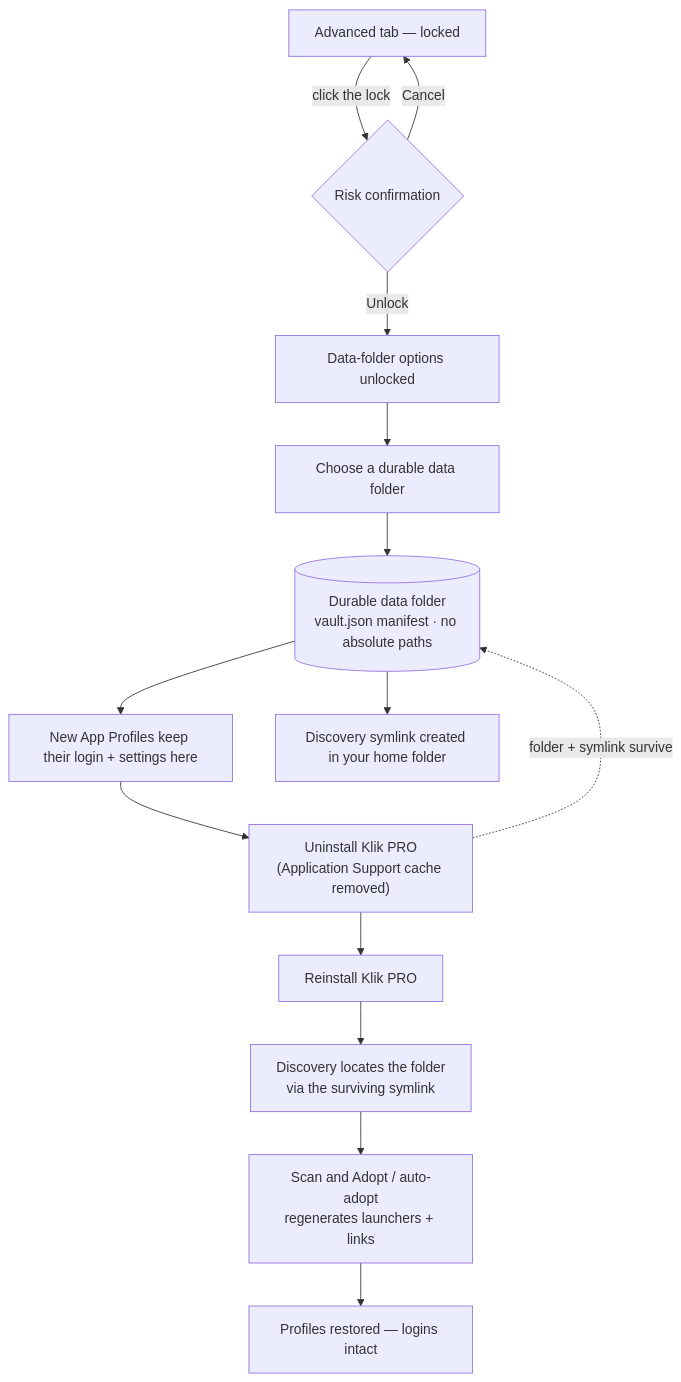
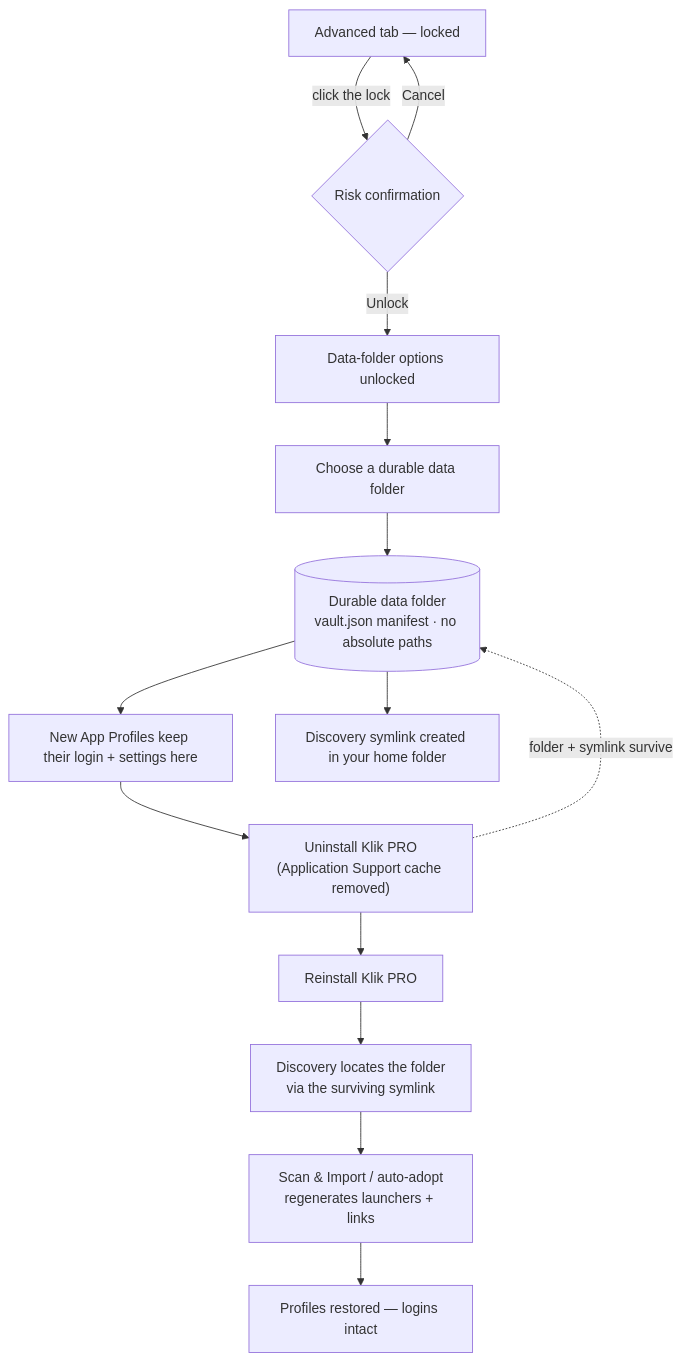
One commit to AminudinMurad/klik-pro changed the second of 2 diagrams in README.md. Above: the diagram before and after it, drawn with Mermaid. The commit also changed other lines of this file and 4 other files, not shown here.

````diff
--- a/README.md
+++ b/README.md
@@ -484,16 +487,16 @@
 ```mermaid
 flowchart TD
     L["Advanced tab — locked"] -->|click the lock| C{"Risk confirmation"}
     C -->|Cancel| L
     C -->|Unlock| U["Data-folder options unlocked"]
     U --> Ch["Choose a durable data folder"]
     Ch --> V[("Durable data folder<br/>vault.json manifest · no absolute paths")]
     V --> P["New App Profiles keep their login + settings here"]
     V --> S["Discovery symlink created in your home folder"]
     P --> Un["Uninstall Klik PRO<br/>(Application Support cache removed)"]
     Un -. "folder + symlink survive" .-> V
     Un --> Re["Reinstall Klik PRO"]
     Re --> D["Discovery locates the folder<br/>via the surviving symlink"]
-    D --> Ad["Scan and Adopt / auto-adopt<br/>regenerates launchers + links"]
+    D --> Ad["Scan &amp; Import / auto-adopt<br/>regenerates launchers + links"]
     Ad --> Done["Profiles restored — logins intact"]
 ```
````
